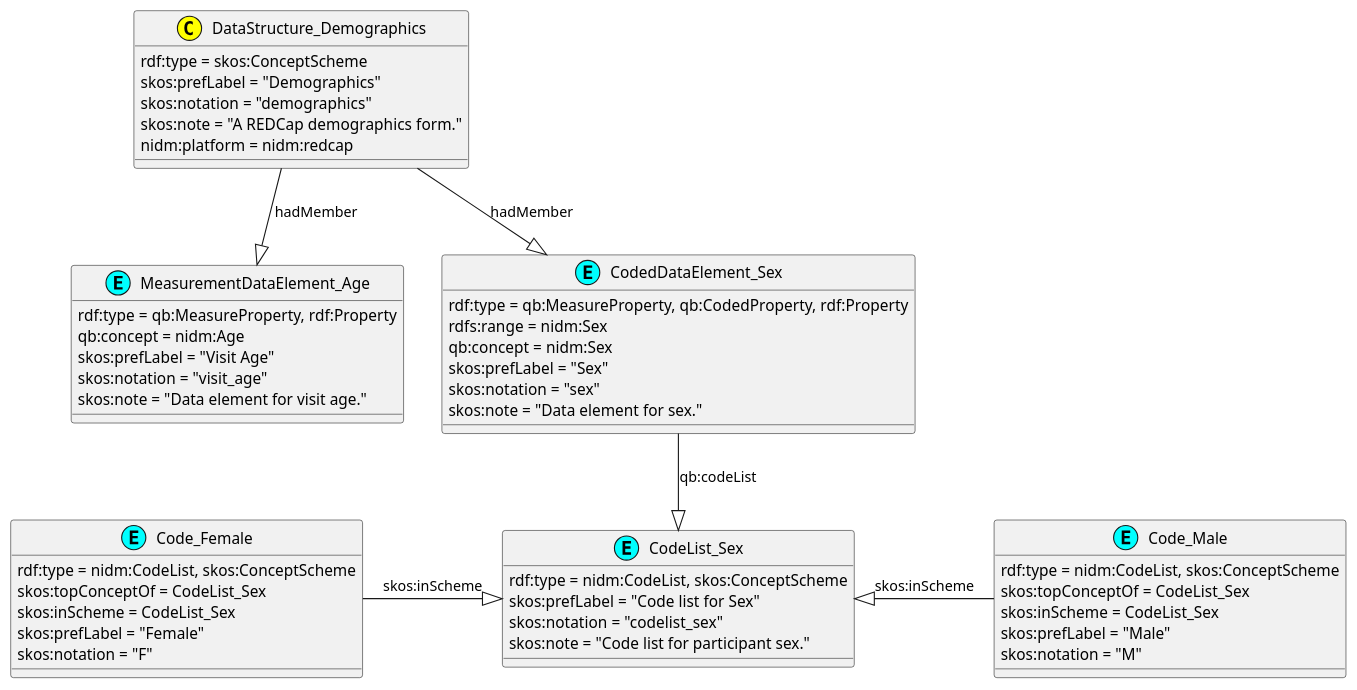
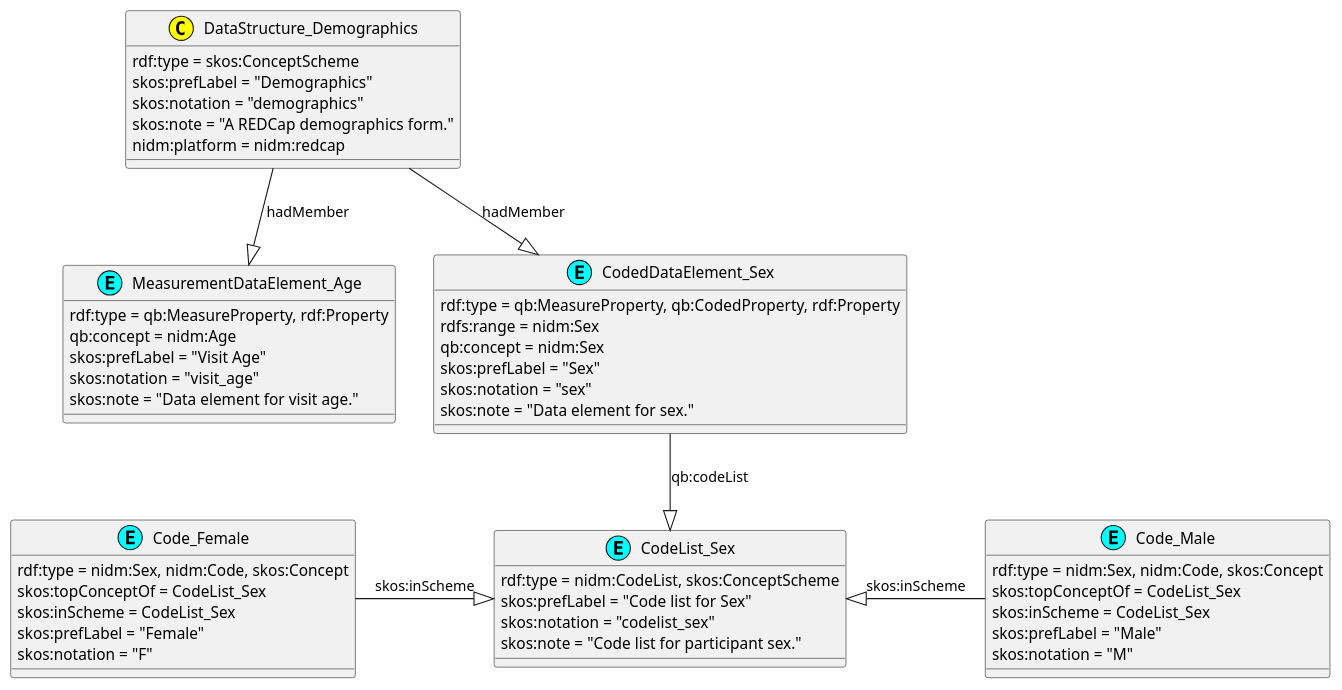
One commit to incf-nidash/nidm-specs changed the diagram in nidm/nidm-experiment/datadict/nidm-datadict.puml. Above: the diagram before and after it, drawn with PlantUML. The commit also changed 1 other file, not shown here.

Commit message:
fix: code types

```diff
--- a/nidm/nidm-experiment/datadict/nidm-datadict.puml
+++ b/nidm/nidm-experiment/datadict/nidm-datadict.puml
@@ -1,61 +1,61 @@
 @startuml
 
 class DataStructure_Demographics << (C, yellow) >> {
     rdf:type = skos:ConceptScheme
     skos:prefLabel = "Demographics"
     skos:notation = "demographics"
     skos:note = "A REDCap demographics form."
     nidm:platform = nidm:redcap
 }
 
 class MeasurementDataElement_Age << (E, cyan) >> {
     rdf:type = qb:MeasureProperty, rdf:Property
     qb:concept = nidm:Age
     skos:prefLabel = "Visit Age"
     skos:notation = "visit_age"
     skos:note = "Data element for visit age."
 }
 
 class CodedDataElement_Sex << (E, cyan) >> {
     rdf:type = qb:MeasureProperty, qb:CodedProperty, rdf:Property
     rdfs:range = nidm:Sex
     qb:concept = nidm:Sex
     skos:prefLabel = "Sex"
     skos:notation = "sex"
     skos:note = "Data element for sex."
 }
 
 class CodeList_Sex << (E, cyan) >> {
     rdf:type = nidm:CodeList, skos:ConceptScheme
     skos:prefLabel = "Code list for Sex"
     skos:notation = "codelist_sex"
     skos:note = "Code list for participant sex."
 }
 
 class Code_Female << (E, cyan) >> {
-    rdf:type = nidm:CodeList, skos:ConceptScheme
+    rdf:type = nidm:Sex, nidm:Code, skos:Concept
     skos:topConceptOf = CodeList_Sex
     skos:inScheme = CodeList_Sex
     skos:prefLabel = "Female"
     skos:notation = "F"
 }
 
 class Code_Male << (E, cyan) >> {
-    rdf:type = nidm:CodeList, skos:ConceptScheme
+    rdf:type = nidm:Sex, nidm:Code, skos:Concept
     skos:topConceptOf = CodeList_Sex
     skos:inScheme = CodeList_Sex
     skos:prefLabel = "Male"
     skos:notation = "M"
 }
 
 DataStructure_Demographics --|> MeasurementDataElement_Age : hadMember
 
 DataStructure_Demographics --|> CodedDataElement_Sex : hadMember
 
 CodedDataElement_Sex --|> CodeList_Sex  : qb:codeList
 
 Code_Female -|> CodeList_Sex  : skos:inScheme
 
 CodeList_Sex <|- Code_Male : skos:inScheme
 
 @enduml
```
